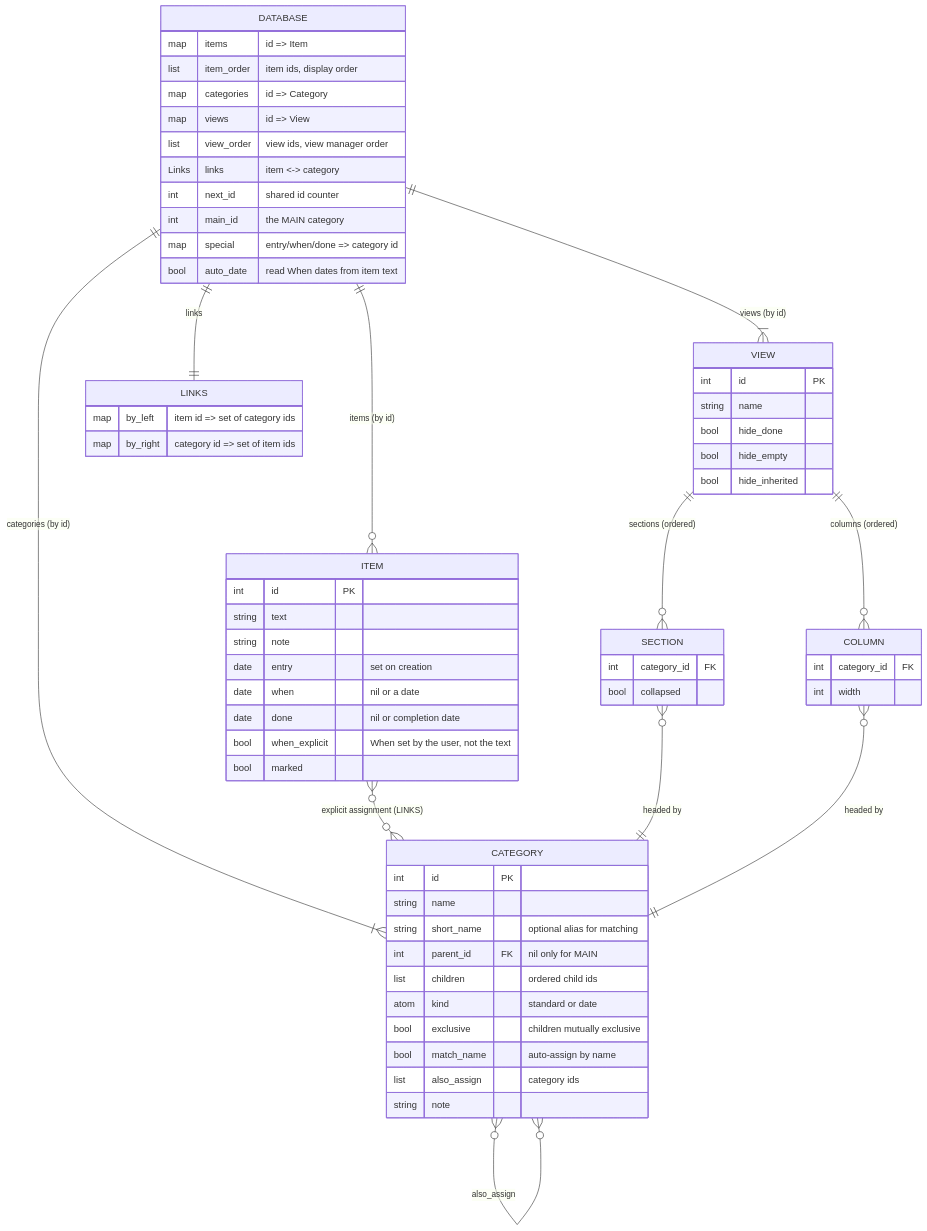
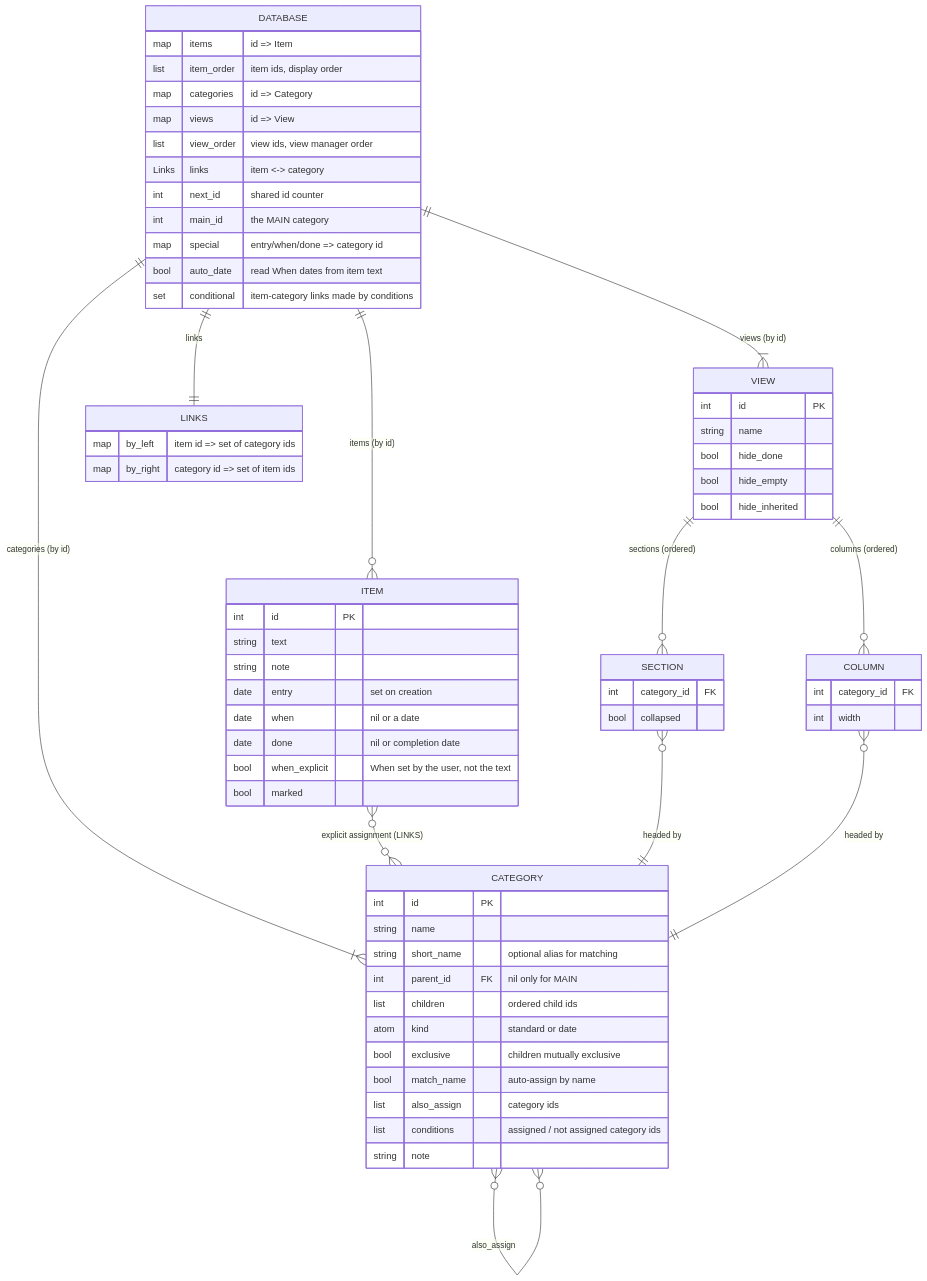
Before and after one commit to jamting/agendum: the first of 6 diagrams in docs/DATA_MODEL.md, drawn with Mermaid. The commit also changed other lines of this file and 13 other files, not shown here.

````diff
--- a/docs/DATA_MODEL.md
+++ b/docs/DATA_MODEL.md
@@ -12,68 +12,70 @@
 ```mermaid
 erDiagram
     DATABASE ||--o{ ITEM : "items (by id)"
     DATABASE ||--|{ CATEGORY : "categories (by id)"
     DATABASE ||--|{ VIEW : "views (by id)"
     DATABASE ||--|| LINKS : "links"
     CATEGORY ||--o{ CATEGORY : "children (ordered)"
     ITEM }o--o{ CATEGORY : "explicit assignment (LINKS)"
     CATEGORY }o--o{ CATEGORY : "also_assign"
     VIEW ||--o{ SECTION : "sections (ordered)"
     VIEW ||--o{ COLUMN : "columns (ordered)"
     SECTION }o--|| CATEGORY : "headed by"
     COLUMN }o--|| CATEGORY : "headed by"
 
     DATABASE {
         map items "id => Item"
         list item_order "item ids, display order"
         map categories "id => Category"
         map views "id => View"
         list view_order "view ids, view manager order"
         Links links "item <-> category"
         int next_id "shared id counter"
         int main_id "the MAIN category"
         map special "entry/when/done => category id"
         bool auto_date "read When dates from item text"
+        set conditional "item-category links made by conditions"
     }
     ITEM {
         int id PK
         string text
         string note
         date entry "set on creation"
         date when "nil or a date"
         date done "nil or completion date"
         bool when_explicit "When set by the user, not the text"
         bool marked
     }
     CATEGORY {
         int id PK
         string name
         string short_name "optional alias for matching"
         int parent_id FK "nil only for MAIN"
         list children "ordered child ids"
         atom kind "standard or date"
         bool exclusive "children mutually exclusive"
         bool match_name "auto-assign by name"
         list also_assign "category ids"
+        list conditions "assigned / not assigned category ids"
         string note
     }
     VIEW {
         int id PK
         string name
         bool hide_done
         bool hide_empty
         bool hide_inherited
     }
     SECTION {
         int category_id FK
         bool collapsed
     }
     COLUMN {
         int category_id FK
         int width
     }
     LINKS {
         map by_left "item id => set of category ids"
         map by_right "category id => set of item ids"
     }
 ```
````
